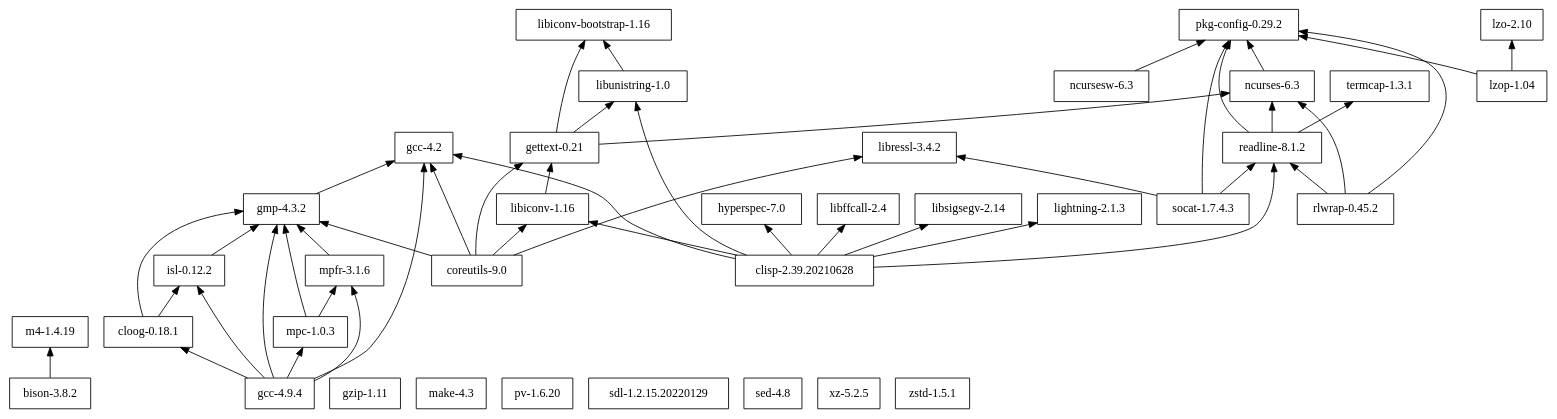
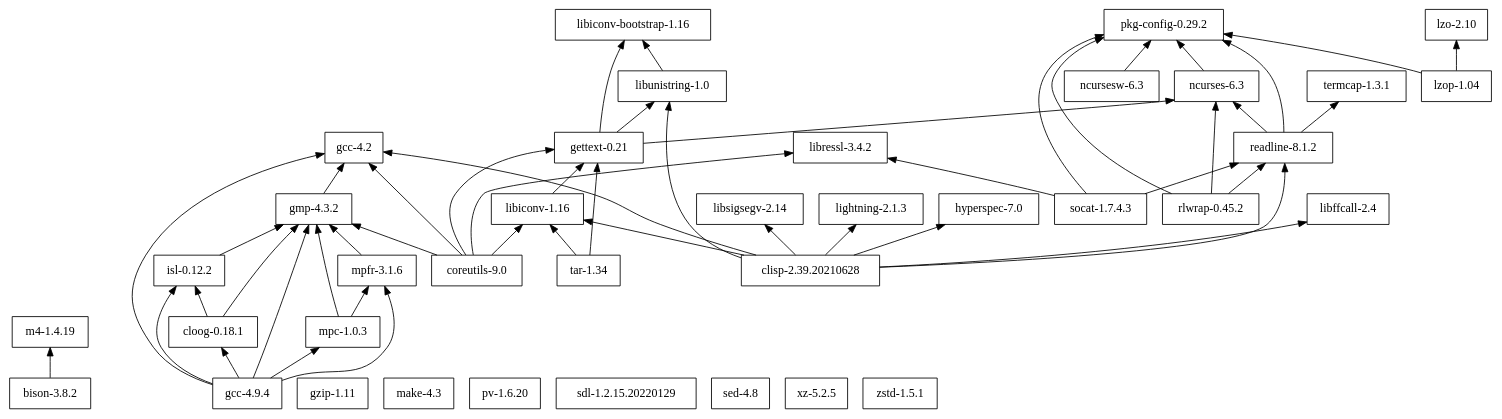
The diagram in leopardsh/deps/dependencies.dot (cellularmitosis/leopard.sh), drawn with Graphviz before and after one commit. The commit also changed 9 other files, not shown here.

```diff
--- a/leopardsh/deps/dependencies.dot
+++ b/leopardsh/deps/dependencies.dot
@@ -1,69 +1,71 @@
 digraph mygraph {
 node [shape=box];
 rankdir = BT;
 
 "bison-3.8.2" -> "m4-1.4.19"
 "clisp-2.39.20210628" -> "gcc-4.2"
 "clisp-2.39.20210628" -> "hyperspec-7.0"
 "clisp-2.39.20210628" -> "libiconv-1.16"
 "clisp-2.39.20210628" -> "libffcall-2.4"
 "clisp-2.39.20210628" -> "libsigsegv-2.14"
 "clisp-2.39.20210628" -> "libunistring-1.0"
 "clisp-2.39.20210628" -> "lightning-2.1.3"
 "clisp-2.39.20210628" -> "readline-8.1.2"
 "cloog-0.18.1" -> "gmp-4.3.2"
 "cloog-0.18.1" -> "isl-0.12.2"
 "coreutils-9.0" -> "gcc-4.2"
 "coreutils-9.0" -> "gettext-0.21"
 "coreutils-9.0" -> "gmp-4.3.2"
 "coreutils-9.0" -> "libiconv-1.16"
 "coreutils-9.0" -> "libressl-3.4.2"
 "gcc-4.2"
 "gcc-4.9.4" -> "cloog-0.18.1"
 "gcc-4.9.4" -> "gcc-4.2"
 "gcc-4.9.4" -> "gmp-4.3.2"
 "gcc-4.9.4" -> "isl-0.12.2"
 "gcc-4.9.4" -> "mpc-1.0.3"
 "gcc-4.9.4" -> "mpfr-3.1.6"
 "gettext-0.21" -> "libiconv-bootstrap-1.16"
 "gettext-0.21" -> "libunistring-1.0"
 "gettext-0.21" -> "ncurses-6.3"
 "gmp-4.3.2" -> "gcc-4.2"
 "gzip-1.11"
 "hyperspec-7.0"
 "isl-0.12.2" -> "gmp-4.3.2"
 "libffcall-2.4"
 "libiconv-1.16" -> "gettext-0.21"
 "libiconv-bootstrap-1.16"
 "libressl-3.4.2"
 "libsigsegv-2.14"
 "libunistring-1.0" -> "libiconv-bootstrap-1.16"
 "lightning-2.1.3"
 "lzo-2.10"
 "lzop-1.04" -> "lzo-2.10"
 "lzop-1.04" -> "pkg-config-0.29.2"
 "m4-1.4.19"
 "make-4.3"
 "mpc-1.0.3" -> "gmp-4.3.2"
 "mpc-1.0.3" -> "mpfr-3.1.6"
 "mpfr-3.1.6" -> "gmp-4.3.2"
 "ncurses-6.3" -> "pkg-config-0.29.2"
 "ncursesw-6.3" -> "pkg-config-0.29.2"
 "pkg-config-0.29.2"
 "pv-1.6.20"
 "readline-8.1.2" -> "ncurses-6.3"
 "readline-8.1.2" -> "pkg-config-0.29.2"
 "readline-8.1.2" -> "termcap-1.3.1"
 "rlwrap-0.45.2" -> "ncurses-6.3"
 "rlwrap-0.45.2" -> "pkg-config-0.29.2"
 "rlwrap-0.45.2" -> "readline-8.1.2"
 "sdl-1.2.15.20220129"
 "sed-4.8"
 "socat-1.7.4.3" -> "libressl-3.4.2"
 "socat-1.7.4.3" -> "pkg-config-0.29.2"
 "socat-1.7.4.3" -> "readline-8.1.2"
+"tar-1.34" -> "gettext-0.21"
+"tar-1.34" -> "libiconv-1.16"
 "termcap-1.3.1"
 "xz-5.2.5"
 "zstd-1.5.1"
 
 }
```
